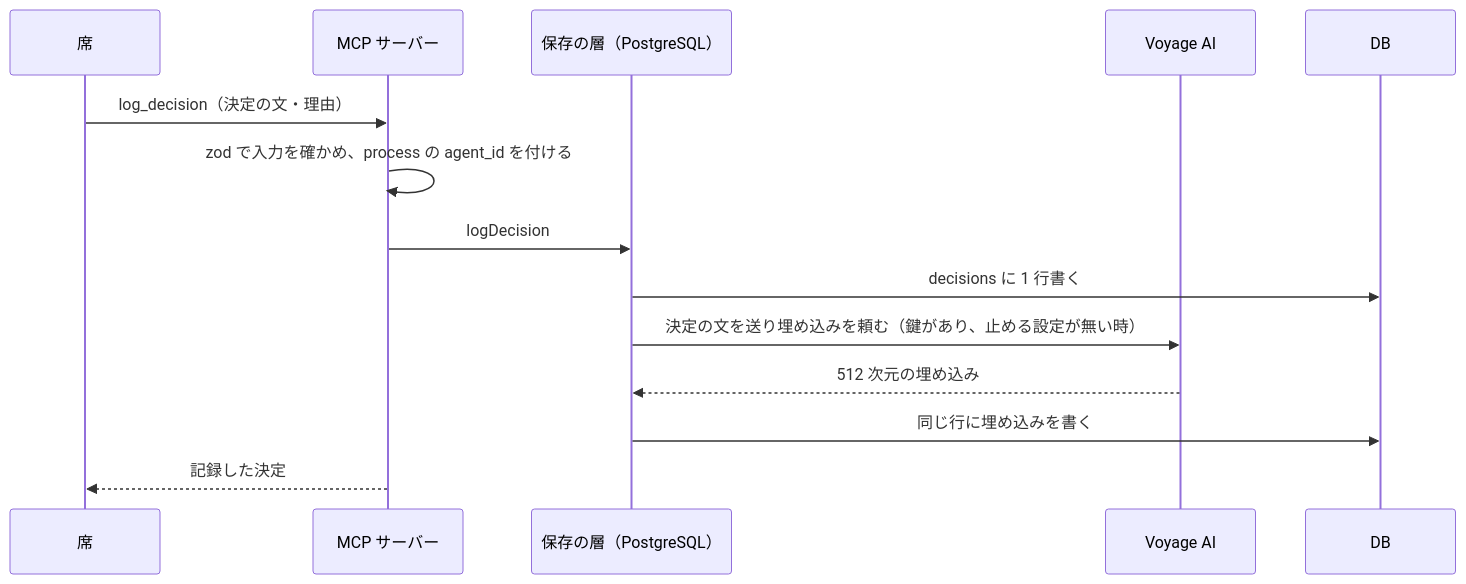
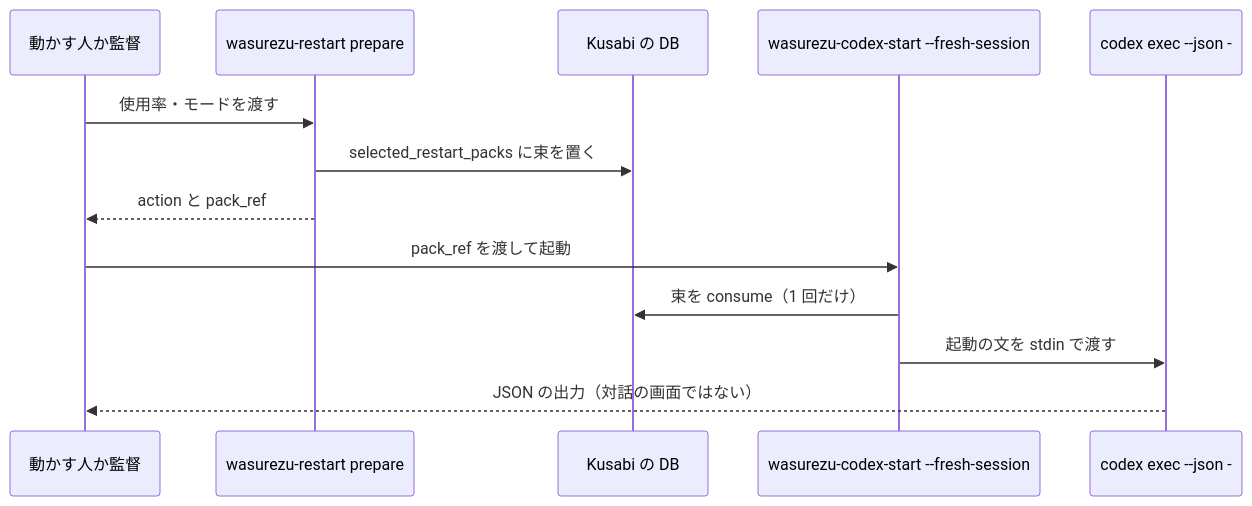
Before and after one commit to watchout/agent-memory: the third of 4 diagrams in aidlc/spaces/default/codekb/agent-memory/architecture.md, drawn with Mermaid. The commit also changed other lines of this file and 22 other files, not shown here.

````diff
--- a/aidlc/spaces/default/codekb/agent-memory/architecture.md
+++ b/aidlc/spaces/default/codekb/agent-memory/architecture.md
@@ -116,16 +109,15 @@
 ```mermaid
 sequenceDiagram
-  participant Seat as 席
-  participant Mcp as MCP サーバー
-  participant Store as 保存の層（PostgreSQL）
-  participant Voy as Voyage AI
-  participant Db as DB
-  Seat->>Mcp: log_decision（決定の文・理由）
-  Mcp->>Mcp: zod で入力を確かめ、process の agent_id を付ける
-  Mcp->>Store: logDecision
-  Store->>Db: decisions に 1 行書く
-  Store->>Voy: 決定の文を送り埋め込みを頼む（鍵があり、止める設定が無い時）
-  Voy-->>Store: 512 次元の埋め込み
-  Store->>Db: 同じ行に埋め込みを書く
-  Mcp-->>Seat: 記録した決定
+  participant O as 動かす人か監督
+  participant R as wasurezu-restart prepare
+  participant DB as Kusabi の DB
+  participant L as wasurezu-codex-start --fresh-session
+  participant C as codex exec --json -
+  O->>R: 使用率・モードを渡す
+  R->>DB: selected_restart_packs に束を置く
+  R-->>O: action と pack_ref
+  O->>L: pack_ref を渡して起動
+  L->>DB: 束を consume（1 回だけ）
+  L->>C: 起動の文を stdin で渡す
+  C-->>O: JSON の出力（対話の画面ではない）
 ```
````
